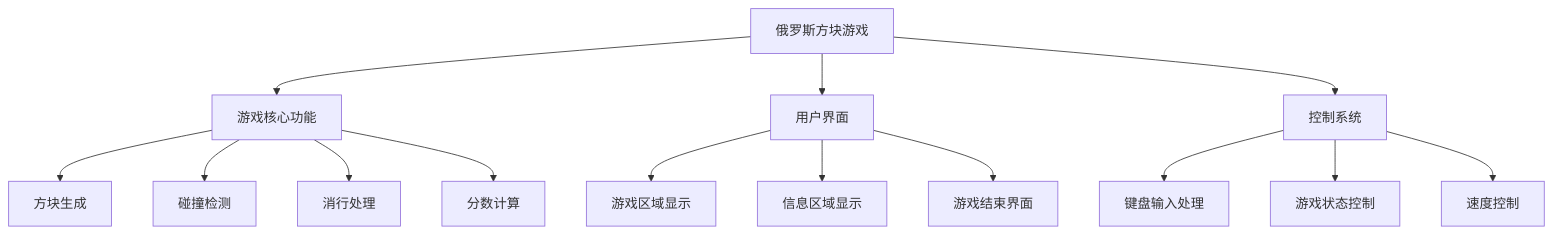
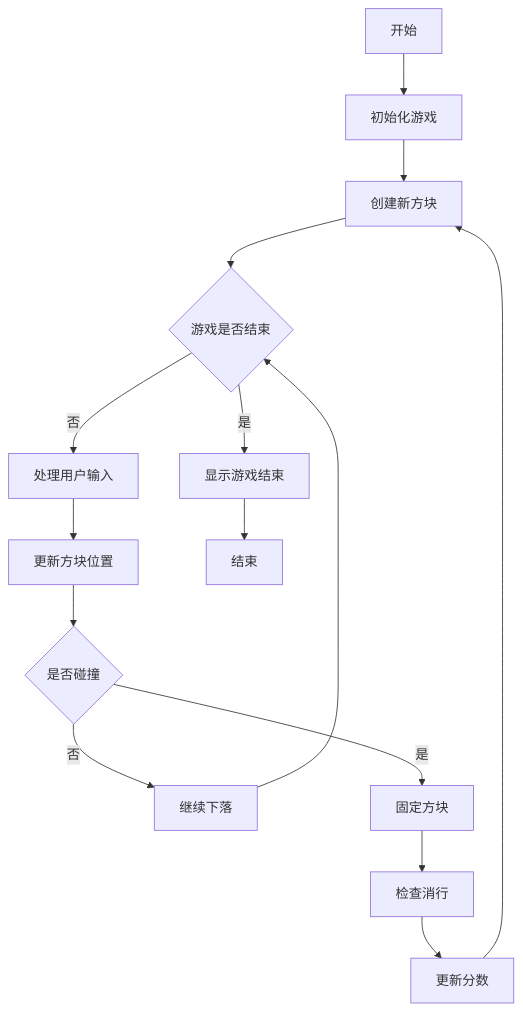
One commit to may3rr/iodraw-files changed the diagram in all/未命名-3.md. Above: the diagram before and after it, drawn with Mermaid.

Commit message:
2024-11-11 19:56:05 update

````diff
--- a/all/未命名-3.md
+++ b/all/未命名-3.md
@@ -1,19 +1,17 @@
 ```mermaid
-graph TD
-    A[俄罗斯方块游戏] --> B[游戏核心功能]
-    A --> C[用户界面]
-    A --> D[控制系统]
-
-    B --> B1[方块生成]
-    B --> B2[碰撞检测]
-    B --> B3[消行处理]
-    B --> B4[分数计算]
-
-    C --> C1[游戏区域显示]
-    C --> C2[信息区域显示]
-    C --> C3[游戏结束界面]
-
-    D --> D1[键盘输入处理]
-    D --> D2[游戏状态控制]
-    D --> D3[速度控制]
+flowchart TD
+    A[开始] --> B[初始化游戏]
+    B --> C[创建新方块]
+    C --> D{游戏是否结束}
+    D -- 否 --> E[处理用户输入]
+    E --> F[更新方块位置]
+    F --> G{是否碰撞}
+    G -- 否 --> H[继续下落]
+    G -- 是 --> I[固定方块]
+    I --> J[检查消行]
+    J --> K[更新分数]
+    K --> C
+    D -- 是 --> L[显示游戏结束]
+    L --> M[结束]
+    H --> D
 ```
````
